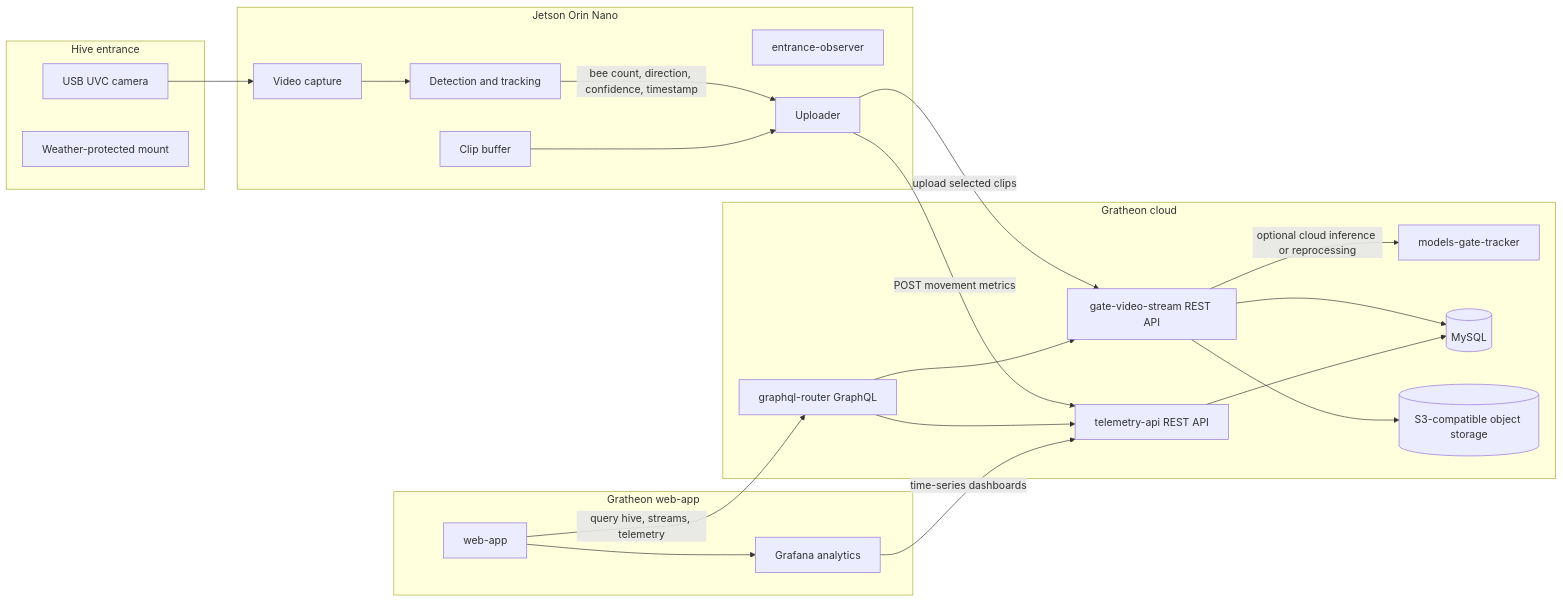
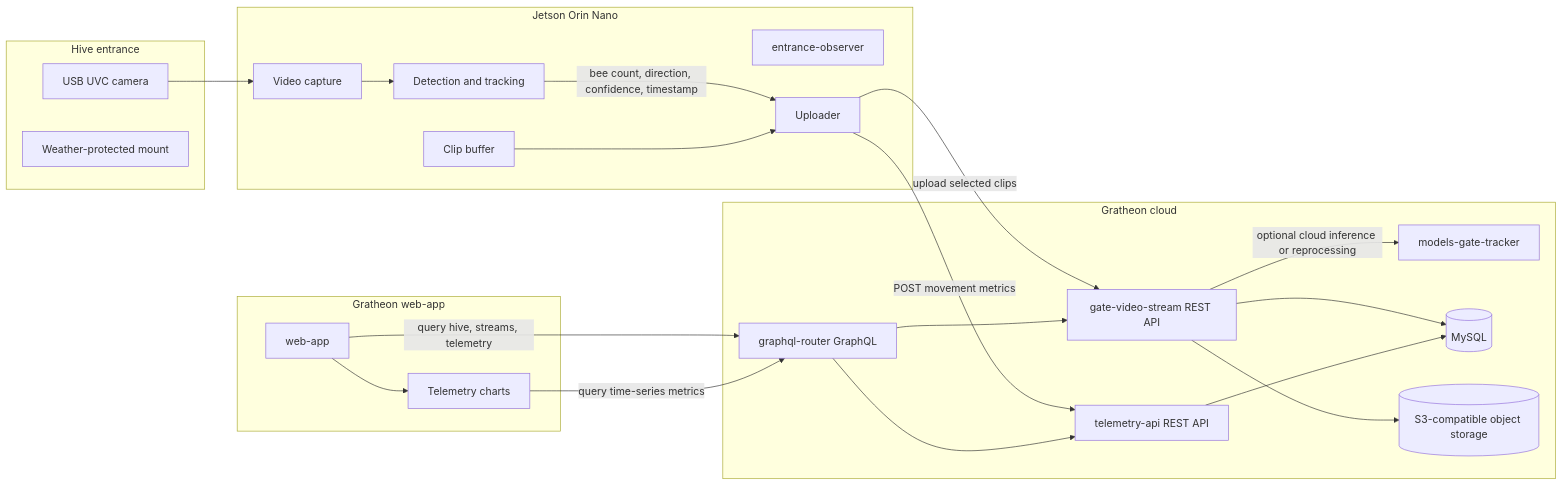
The diagram in content/docs/entrance-observer/entrance-observer.md (Gratheon/website2), drawn with Mermaid before and after one commit. The commit also changed other lines of this file and 21 other files, not shown here.

````diff
--- a/content/docs/entrance-observer/entrance-observer.md
+++ b/content/docs/entrance-observer/entrance-observer.md
@@ -26,44 +26,44 @@
 ```mermaid
 flowchart LR
   subgraph Hive[Hive entrance]
     camera[USB UVC camera]
     mount[Weather-protected mount]
   end
 
   subgraph Edge[Jetson Orin Nano]
     app[entrance-observer]
     capture[Video capture]
     detector[Detection and tracking]
     buffer[Clip buffer]
     uploader[Uploader]
   end
 
   subgraph Cloud[Gratheon cloud]
     video[gate-video-stream REST API]
     model[models-gate-tracker]
     telemetry[telemetry-api REST API]
     graphql[graphql-router GraphQL]
     mysql[(MySQL)]
     s3[(S3-compatible object storage)]
   end
 
   subgraph UI[Gratheon web-app]
     web[web-app]
-    grafana[Grafana analytics]
+    charts[Telemetry charts]
   end
 
   camera --> capture --> detector
   detector -->|bee count, direction, confidence, timestamp| uploader
   buffer --> uploader
   uploader -->|POST movement metrics| telemetry
   uploader -->|upload selected clips| video
   video -->|optional cloud inference or reprocessing| model
   video --> mysql
   video --> s3
   telemetry --> mysql
   web -->|query hive, streams, telemetry| graphql
   graphql --> telemetry
   graphql --> video
-  grafana -->|time-series dashboards| telemetry
-  web --> grafana
+  web --> charts
+  charts -->|query time-series metrics| graphql
 ```
````
